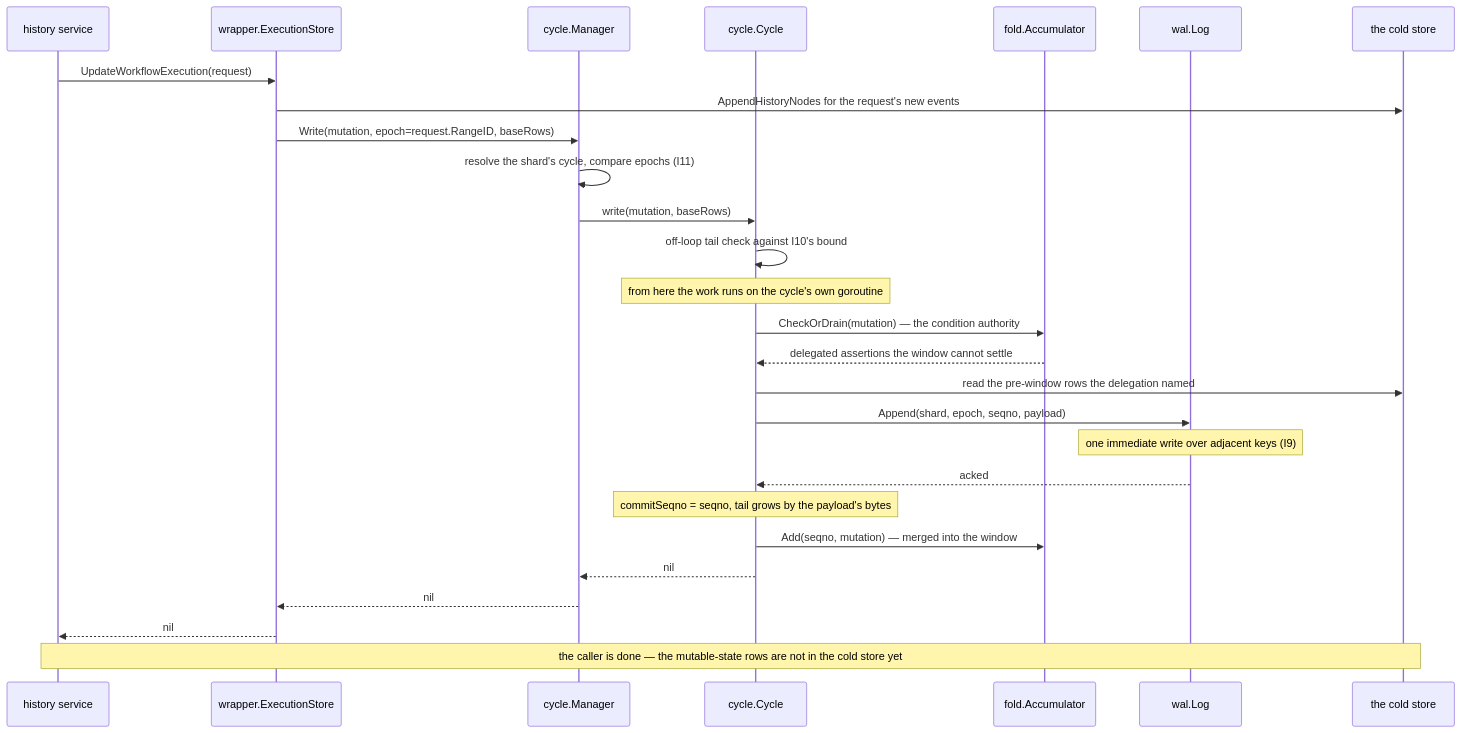
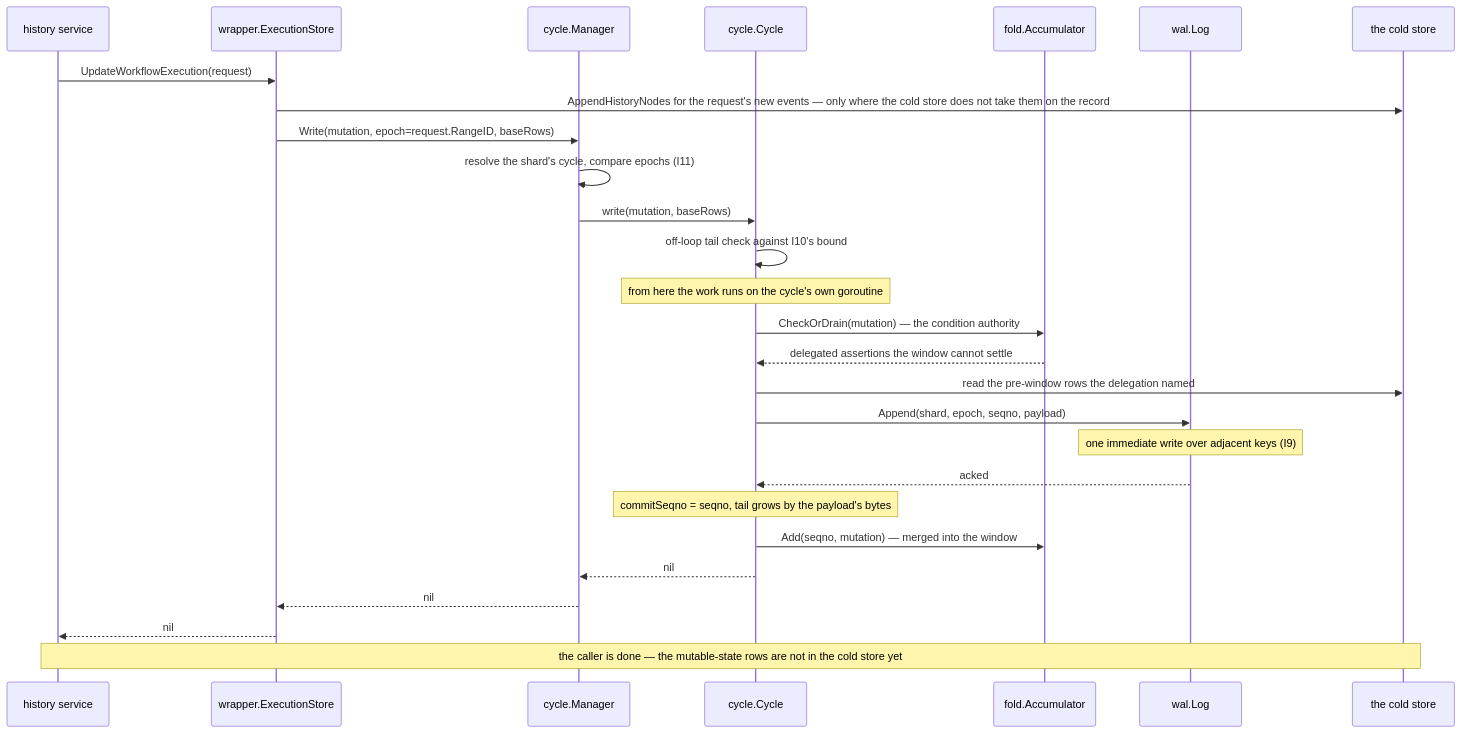
Before and after one commit to aromanovich/waltz: the first of 10 diagrams in docs/handbook/05-write-path.md, drawn with Mermaid. The commit also changed other lines of this file and 47 other files, not shown here.

First line of the commit message:
history_in_wal: a record may carry the event batches its own request produced (#4)

````diff
--- a/docs/handbook/05-write-path.md
+++ b/docs/handbook/05-write-path.md
@@ -70,30 +70,30 @@
 ```mermaid
 sequenceDiagram
   participant HS as history service
   participant ES as wrapper.ExecutionStore
   participant MG as cycle.Manager
   participant CY as cycle.Cycle
   participant ACC as fold.Accumulator
   participant LOG as wal.Log
   participant CS as the cold store
 
   HS->>ES: UpdateWorkflowExecution(request)
-  ES->>CS: AppendHistoryNodes for the request's new events
+  ES->>CS: AppendHistoryNodes for the request's new events — only where the cold store does not take them on the record
   ES->>MG: Write(mutation, epoch=request.RangeID, baseRows)
   MG->>MG: resolve the shard's cycle, compare epochs (I11)
   MG->>CY: write(mutation, baseRows)
   CY->>CY: off-loop tail check against I10's bound
   Note over CY: from here the work runs on the cycle's own goroutine
   CY->>ACC: CheckOrDrain(mutation) — the condition authority
   ACC-->>CY: delegated assertions the window cannot settle
   CY->>CS: read the pre-window rows the delegation named
   CY->>LOG: Append(shard, epoch, seqno, payload)
   Note over LOG: one immediate write over adjacent keys (I9)
   LOG-->>CY: acked
   Note over CY: commitSeqno = seqno, tail grows by the payload's bytes
   CY->>ACC: Add(seqno, mutation) — merged into the window
   CY-->>MG: nil
   MG-->>ES: nil
   ES-->>HS: nil
   Note over HS,CS: the caller is done — the mutable-state rows are not in the cold store yet
 ```
````
